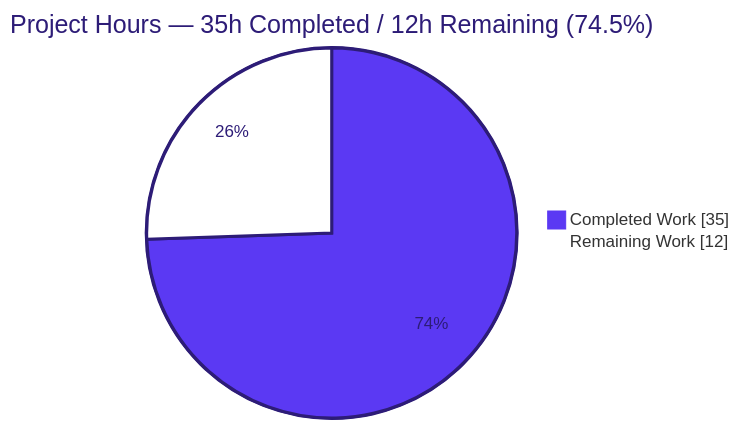
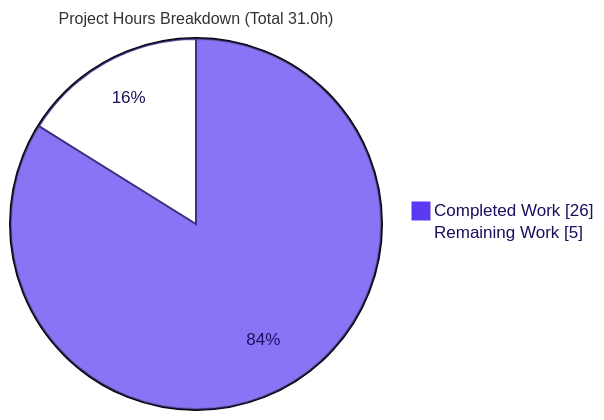
The second of 3 diagrams in blitzy/documentation/Project Guide.md (blitzy-public-samples/blitzy-WebVella-ERP), drawn with Mermaid before and after one commit. The commit also changed other lines of this file, not shown here.

Commit message:
Adding Blitzy Project Guide: Project Status and Human Tasks Remaining

````diff
--- a/blitzy/documentation/Project Guide.md
+++ b/blitzy/documentation/Project Guide.md
@@ -187,6 +200,7 @@
 ```mermaid
-%%{init: {'theme':'base', 'themeVariables': {'pie1':'#5B39F3','pie2':'#FFFFFF','pieStrokeColor':'#2D1C77','pieOuterStrokeColor':'#2D1C77','pieTitleTextColor':'#2D1C77','pieSectionTextColor':'#2D1C77','pieStrokeWidth':'3px','pieOpacity':'1'}}}%%
-pie showData title Project Hours — 35h Completed / 12h Remaining (74.5%)
-    "Completed Work" : 35
-    "Remaining Work" : 12
+%%{init: {'theme':'base','themeVariables':{'pie1':'#5B39F3','pie2':'#FFFFFF','pieStroke':'#2D1C77','pieStrokeColor':'#2D1C77','pieOuterStrokeWidth':'2px','pieSectionTextColor':'#1A105F','pieLegendTextColor':'#1A105F','pieTitleTextSize':'16px'}}}%%
+pie showData
+    title Project Hours Breakdown (Total 31.0h)
+    "Completed Work" : 26
+    "Remaining Work" : 5
 ```
````
